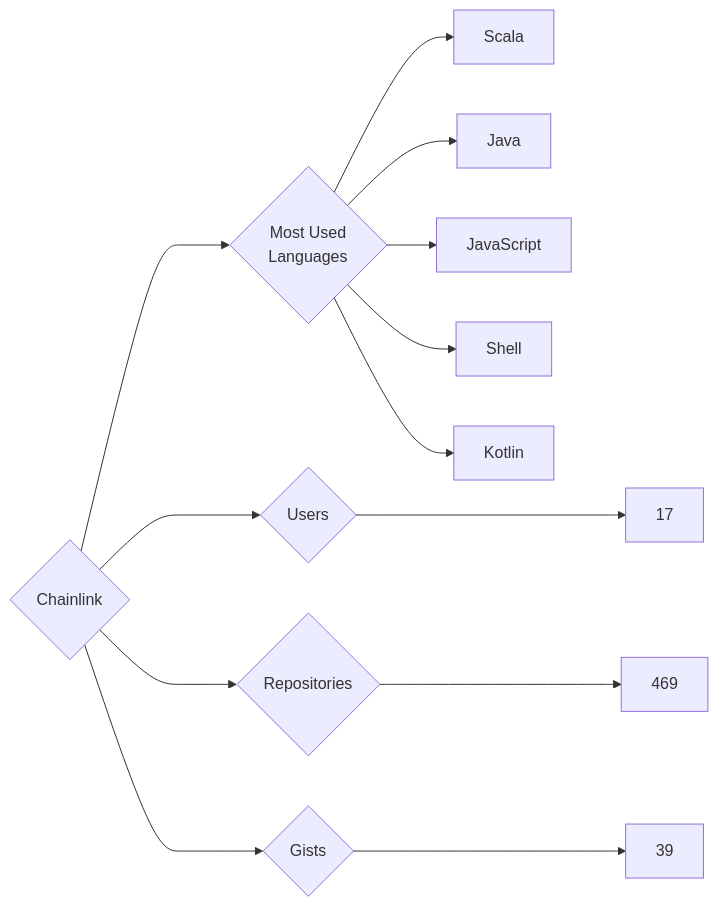
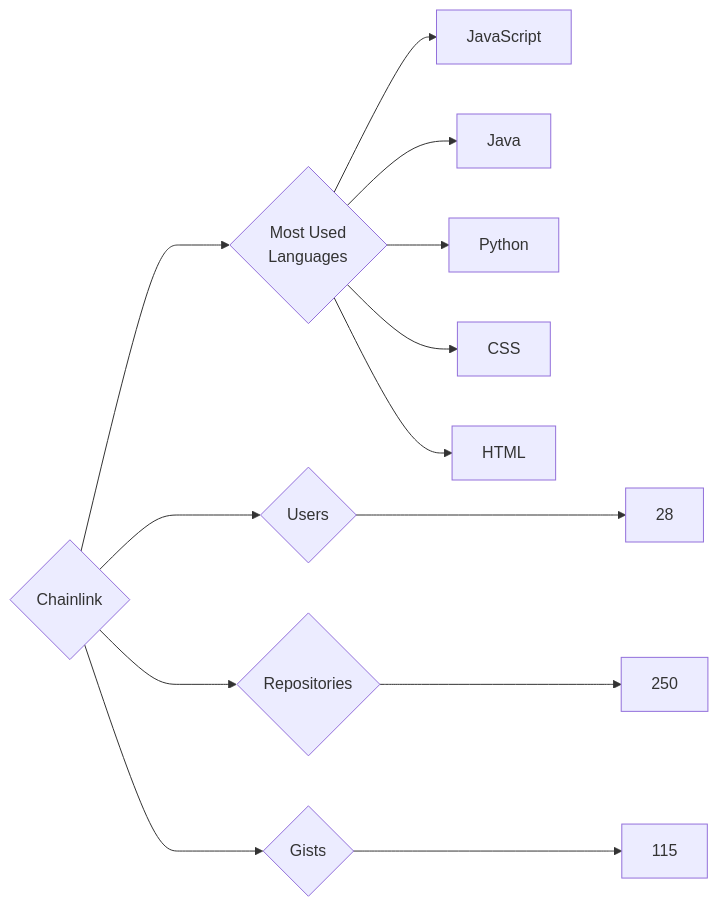
Before and after one commit to trickest/insiders: the diagram in targets/Chainlink/README.md, drawn with Mermaid. The commit also changed 916 other files, not shown here.

````diff
--- a/targets/Chainlink/README.md
+++ b/targets/Chainlink/README.md
@@ -3,13 +3,13 @@
 ```mermaid
 graph LR
 COMPANY_NAME{Chainlink}
-COMPANY_NAME ---> U{Users} ---> UN[17]
-COMPANY_NAME ---> R{Repositories} ---> RN[469]
-COMPANY_NAME ---> G{Gists} ---> GN[39]
+COMPANY_NAME ---> U{Users} ---> UN[28]
+COMPANY_NAME ---> R{Repositories} ---> RN[250]
+COMPANY_NAME ---> G{Gists} ---> GN[115]
 COMPANY_NAME ---> ML{Most Used<br>Languages}
-ML --> Scala[Scala]
+ML --> JavaScript[JavaScript]
 ML --> Java[Java]
-ML --> JavaScript[JavaScript]
-ML --> Shell[Shell]
-ML --> Kotlin[Kotlin]
+ML --> Python[Python]
+ML --> CSS[CSS]
+ML --> HTML[HTML]
 ```
````
